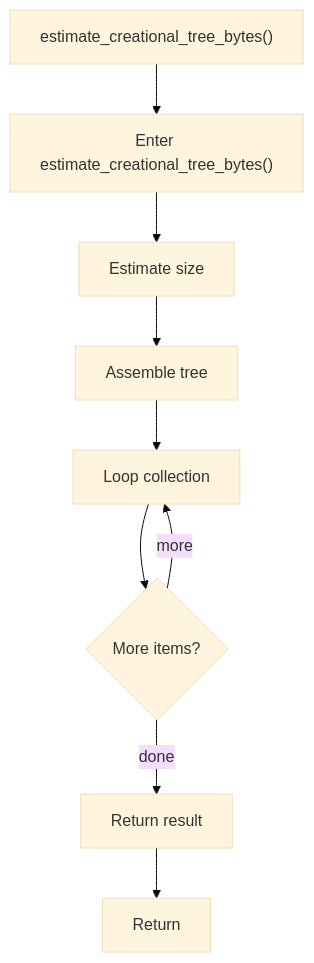
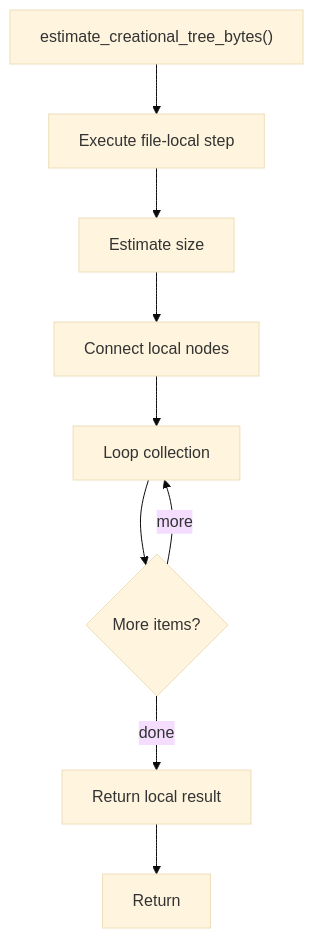
The diagram in docs/Codebase/Microservice/Modules/Source/OutputGeneration/UnitTestGeneration/estimate_creational_tree_bytes.cpp.md (JohnAndrewBalbarosa/NeoTerritory), drawn with Mermaid (base theme) before and after one commit. The commit also changed other lines of this file and 915 other files, not shown here.

````diff
--- a/docs/Codebase/Microservice/Modules/Source/OutputGeneration/UnitTestGeneration/estimate_creational_tree_bytes.cpp.md
+++ b/docs/Codebase/Microservice/Modules/Source/OutputGeneration/UnitTestGeneration/estimate_creational_tree_bytes.cpp.md
@@ -19,19 +19,19 @@
 ```mermaid
 flowchart TD
     Start["estimate_creational_tree_bytes()"]
-    N0["Enter estimate_creational_tree_bytes()"]
+    N0["Execute file-local step"]
     N1["Estimate size"]
-    N2["Assemble tree"]
+    N2["Connect local nodes"]
     N3["Loop collection"]
     L3{"More items?"}
-    N4["Return result"]
+    N4["Return local result"]
     End["Return"]
     Start --> N0
     N0 --> N1
     N1 --> N2
     N2 --> N3
     N3 --> L3
     L3 -->|more| N3
     L3 -->|done| N4
     N4 --> End
 ```
````
